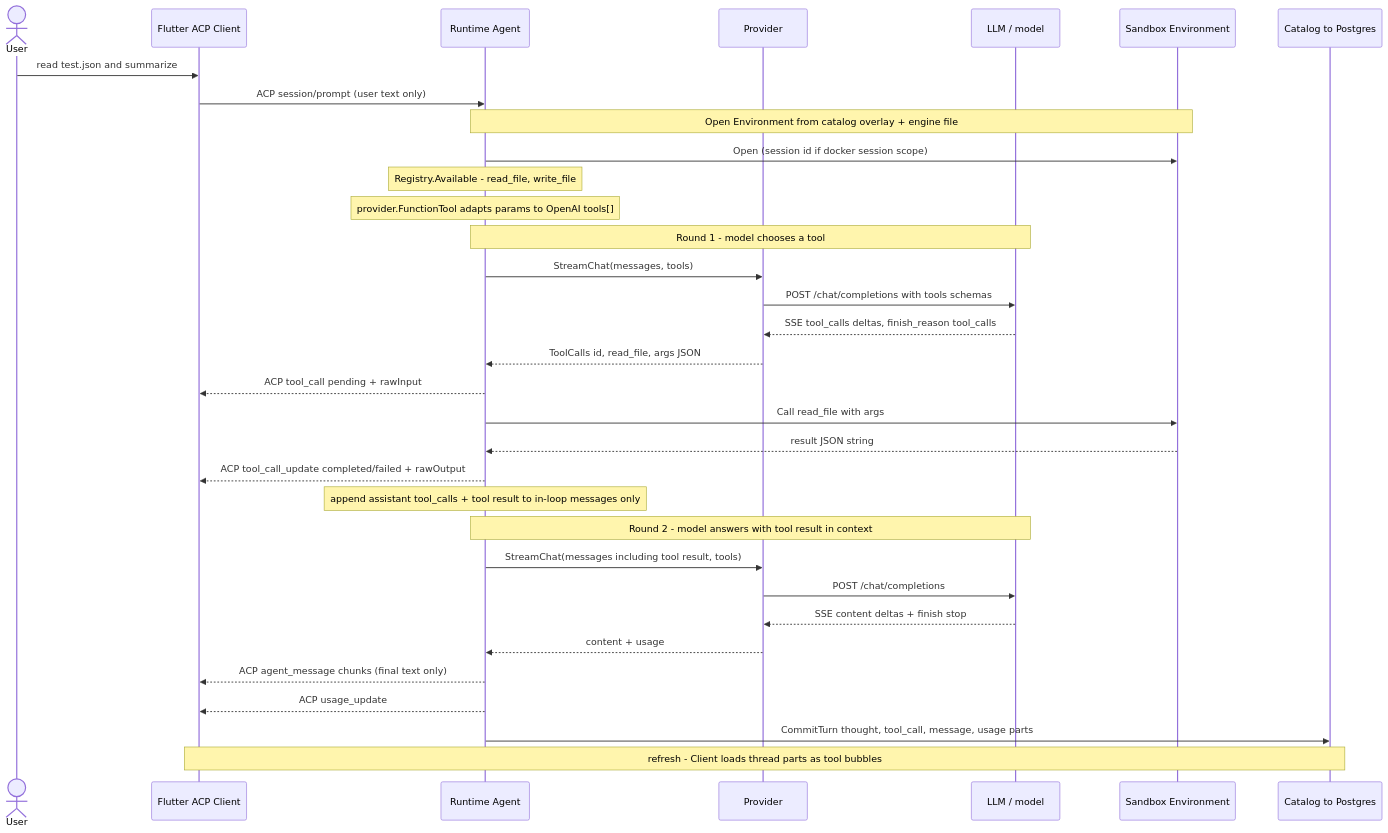
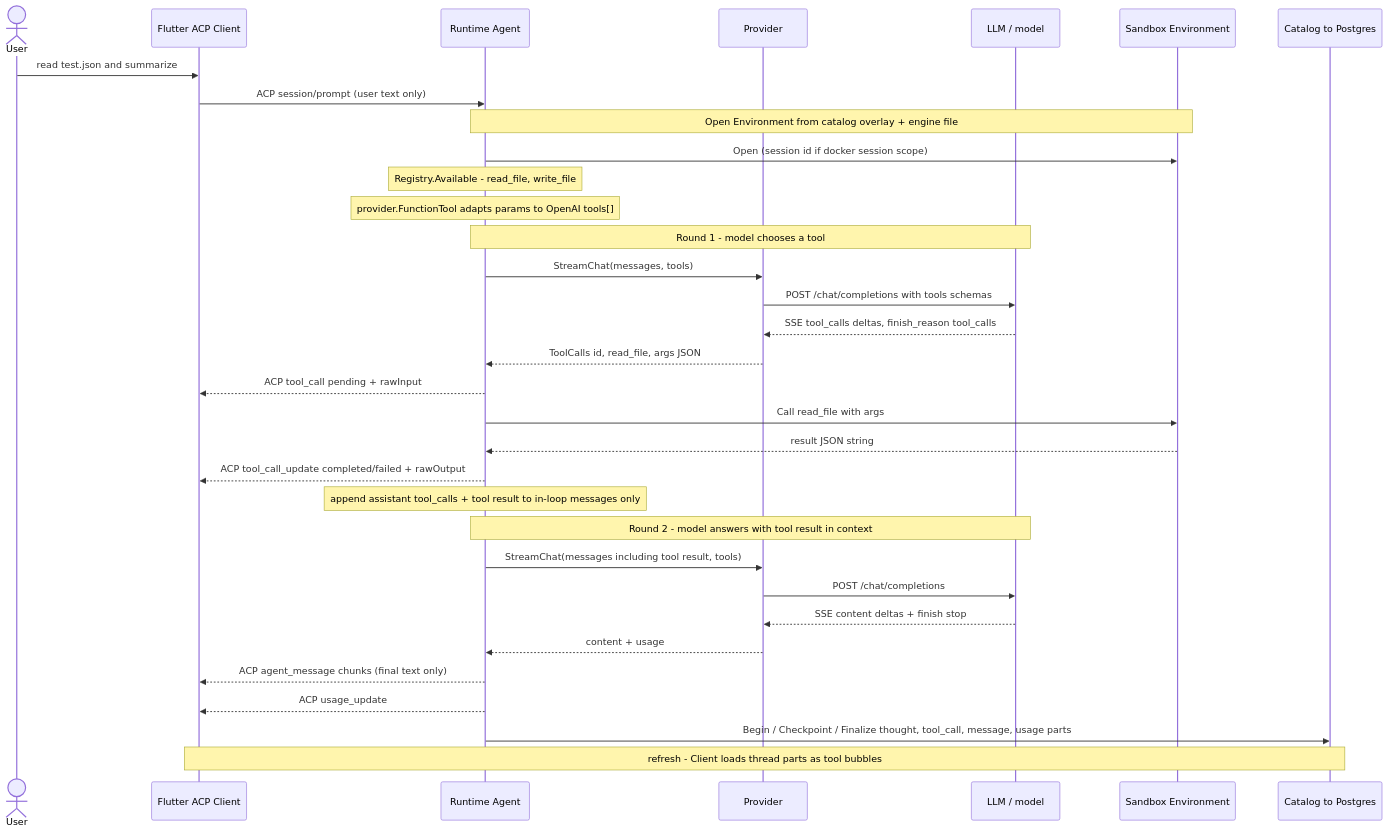
The fourth of 6 diagrams in docs/architecture.md (tryy3/agent-fabric), drawn with Mermaid before and after one commit. The commit also changed other lines of this file and 26 other files, not shown here.

````diff
--- a/docs/architecture.md
+++ b/docs/architecture.md
@@ -181,41 +184,41 @@
 ```mermaid
 sequenceDiagram
   actor User
   participant Client as Flutter ACP Client
   participant Agent as Runtime Agent
   participant Prov as Provider
   participant LLM as LLM / model
   participant Env as Sandbox Environment
   participant Catalog as Catalog to Postgres
 
   User->>Client: read test.json and summarize
   Client->>Agent: ACP session/prompt (user text only)
 
   Note over Agent,Env: Open Environment from catalog overlay + engine file
   Agent->>Env: Open (session id if docker session scope)
   Note over Agent: Registry.Available - read_file, write_file
   Note over Agent: provider.FunctionTool adapts params to OpenAI tools[]
 
   Note over Agent,LLM: Round 1 - model chooses a tool
   Agent->>Prov: StreamChat(messages, tools)
   Prov->>LLM: POST /chat/completions with tools schemas
   LLM-->>Prov: SSE tool_calls deltas, finish_reason tool_calls
   Prov-->>Agent: ToolCalls id, read_file, args JSON
 
   Agent-->>Client: ACP tool_call pending + rawInput
   Agent->>Env: Call read_file with args
   Env-->>Agent: result JSON string
   Agent-->>Client: ACP tool_call_update completed/failed + rawOutput
   Note over Agent: append assistant tool_calls + tool result to in-loop messages only
 
   Note over Agent,LLM: Round 2 - model answers with tool result in context
   Agent->>Prov: StreamChat(messages including tool result, tools)
   Prov->>LLM: POST /chat/completions
   LLM-->>Prov: SSE content deltas + finish stop
   Prov-->>Agent: content + usage
   Agent-->>Client: ACP agent_message chunks (final text only)
   Agent-->>Client: ACP usage_update
 
-  Agent->>Catalog: CommitTurn thought, tool_call, message, usage parts
+  Agent->>Catalog: Begin / Checkpoint / Finalize thought, tool_call, message, usage parts
   Note over Client,Catalog: refresh - Client loads thread parts as tool bubbles
 ```
````
